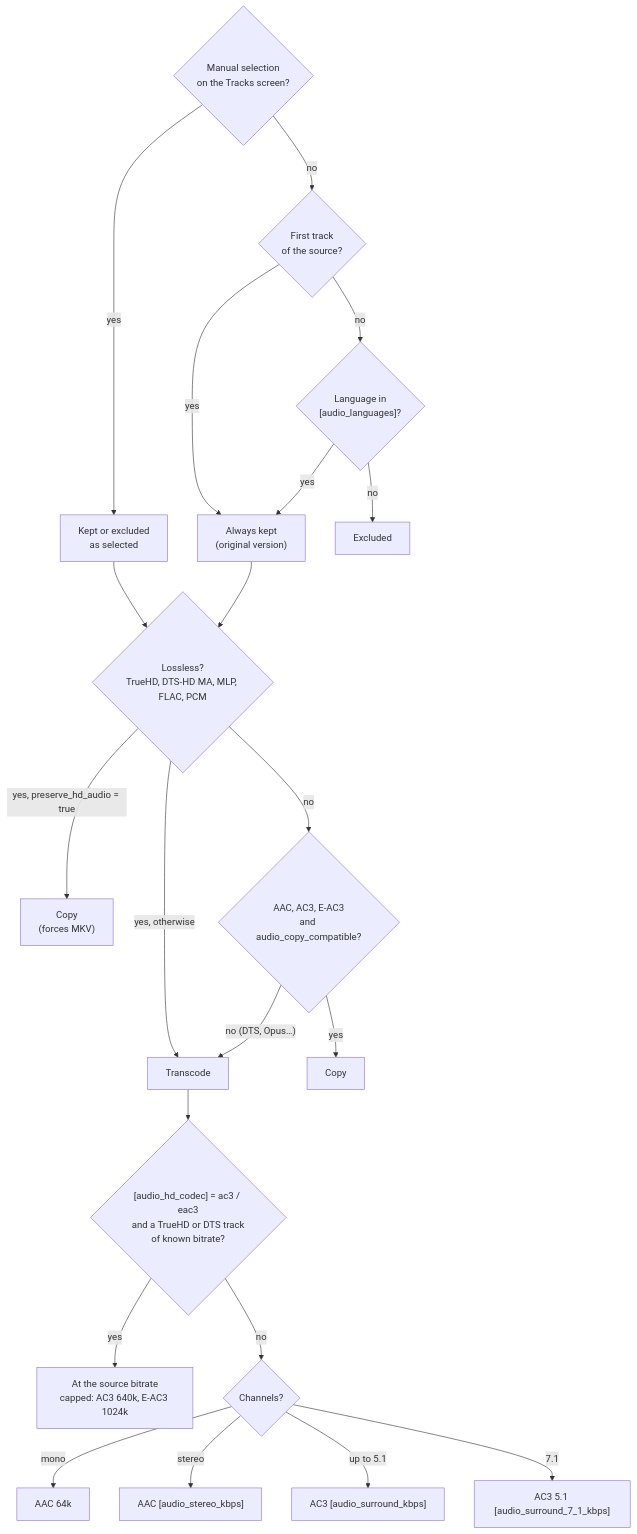
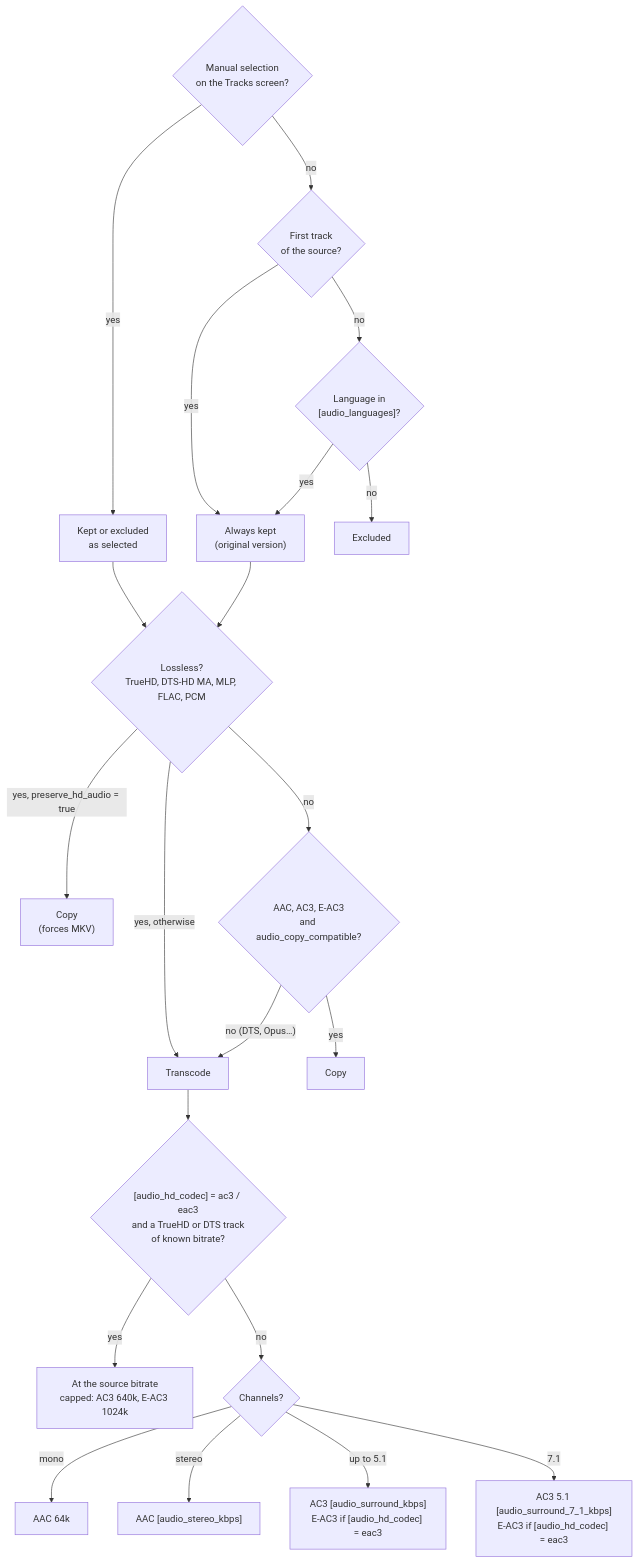
Before and after one commit to opegon/IRIS_Encode: the fourth of 6 diagrams in README.md, drawn with Mermaid. The commit also changed other lines of this file and 26 other files, not shown here.

````diff
--- a/README.md
+++ b/README.md
@@ -145,24 +145,24 @@
 ```mermaid
 flowchart TD
     A0{"Manual selection<br/>on the Tracks screen?"}
     A0 -->|yes| A1["Kept or excluded<br/>as selected"]
     A0 -->|no| A2{"First track<br/>of the source?"}
     A2 -->|yes| A3["Always kept<br/>(original version)"]
     A2 -->|no| A4{"Language in<br/>[audio_languages]?"}
     A4 -->|no| AX["Excluded"]
     A4 -->|yes| A3
     A1 --> B0
     A3 --> B0{"Lossless?<br/>TrueHD, DTS-HD MA, MLP, FLAC, PCM"}
     B0 -->|"yes, preserve_hd_audio = true"| CP1["Copy<br/>(forces MKV)"]
     B0 -->|"yes, otherwise"| TR["Transcode"]
     B0 -->|no| B1{"AAC, AC3, E-AC3<br/>and audio_copy_compatible?"}
     B1 -->|yes| CP2["Copy"]
     B1 -->|"no (DTS, Opus…)"| TR
     TR --> T0{"[audio_hd_codec] = ac3 / eac3<br/>and a TrueHD or DTS track<br/>of known bitrate?"}
     T0 -->|yes| T1["At the source bitrate<br/>capped: AC3 640k, E-AC3 1024k"]
     T0 -->|no| T2{"Channels?"}
     T2 -->|mono| T3["AAC 64k"]
     T2 -->|stereo| T4["AAC [audio_stereo_kbps]"]
-    T2 -->|"up to 5.1"| T5["AC3 [audio_surround_kbps]"]
-    T2 -->|7.1| T6["AC3 5.1 [audio_surround_7_1_kbps]"]
+    T2 -->|"up to 5.1"| T5["AC3 [audio_surround_kbps]<br/>E-AC3 if [audio_hd_codec] = eac3"]
+    T2 -->|7.1| T6["AC3 5.1 [audio_surround_7_1_kbps]<br/>E-AC3 if [audio_hd_codec] = eac3"]
 ```
````
